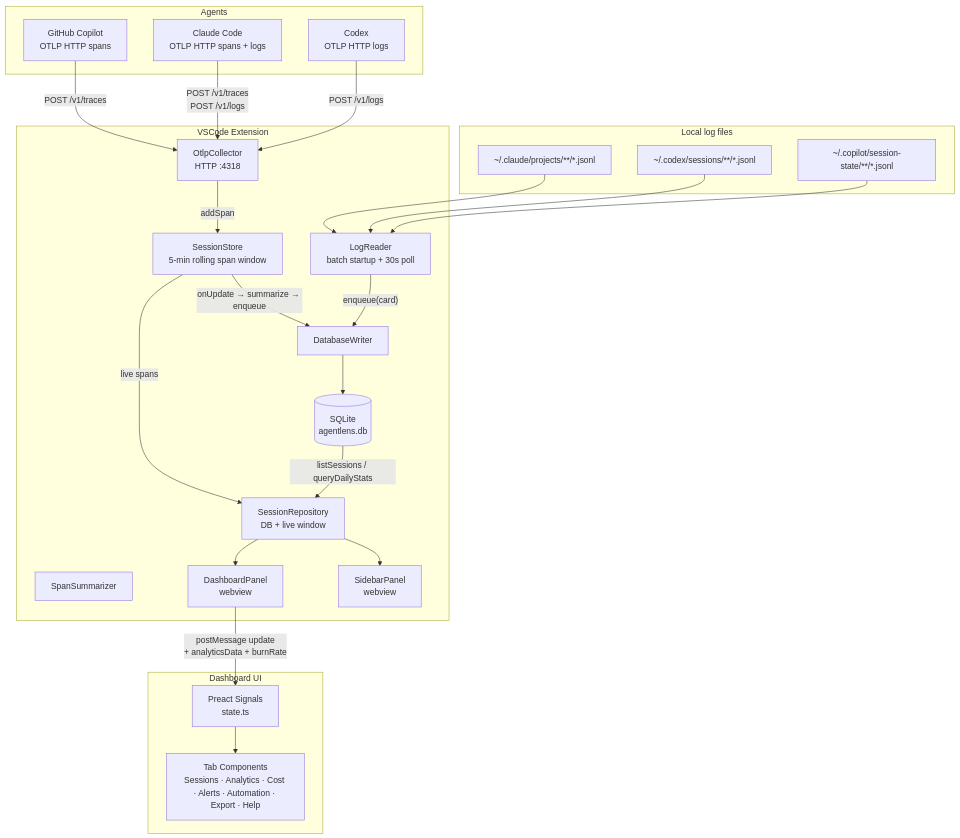
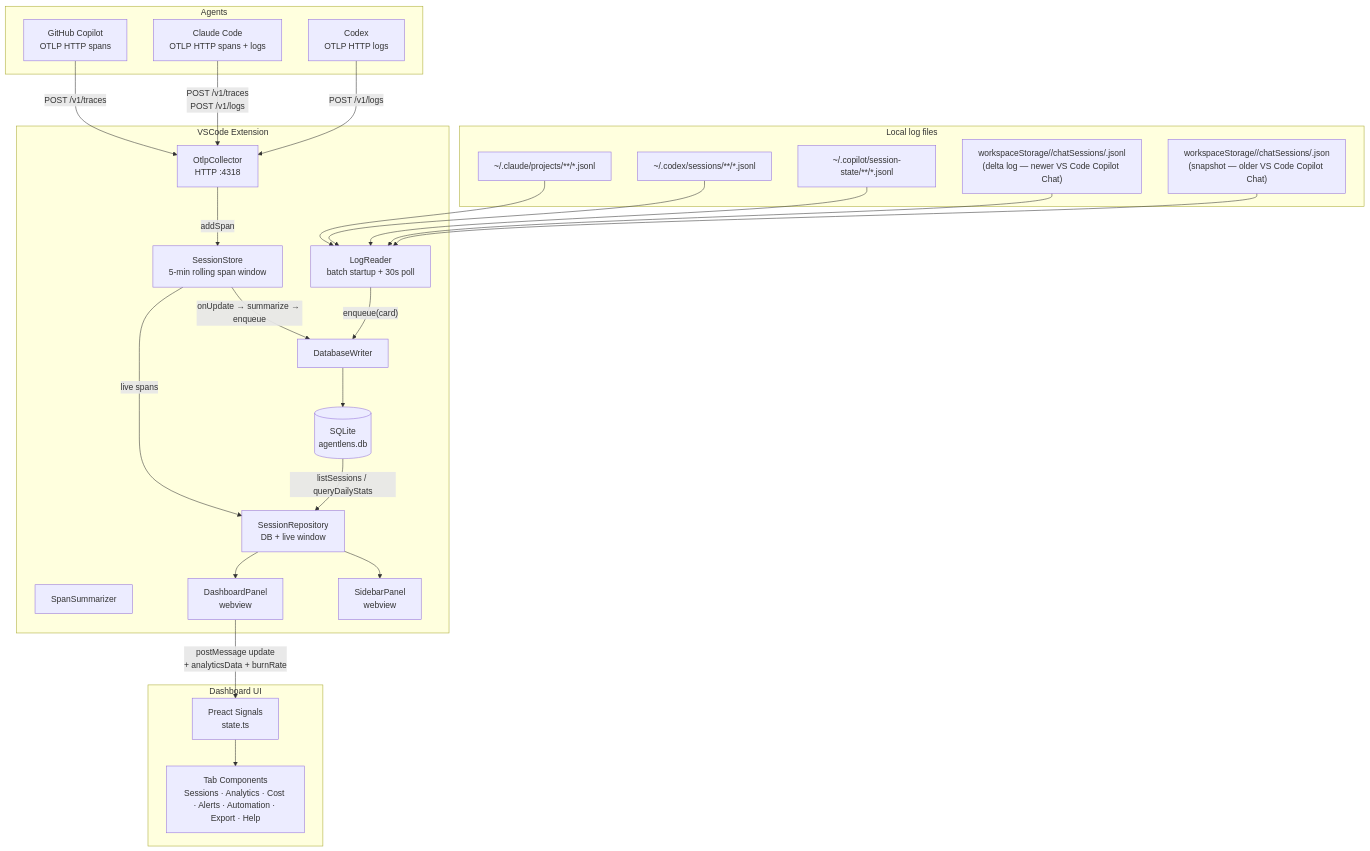
Before and after one commit to RogerReed/agentlens: the first of 19 diagrams in ARCHITECTURE.md, drawn with Mermaid. The commit also changed other lines of this file and 12 other files, not shown here.

````diff
--- a/ARCHITECTURE.md
+++ b/ARCHITECTURE.md
@@ -27,50 +27,52 @@
 ```mermaid
 graph TB
     subgraph Agents
         CP[GitHub Copilot<br/>OTLP HTTP spans]
         CC[Claude Code<br/>OTLP HTTP spans + logs]
         CX[Codex<br/>OTLP HTTP logs]
     end
 
     subgraph LocalLogs["Local log files"]
         CL_LOGS["~/.claude/projects/**/*.jsonl"]
         CX_LOGS["~/.codex/sessions/**/*.jsonl"]
         CP_LOGS["~/.copilot/session-state/**/*.jsonl"]
+        CP_VS["workspaceStorage/<hash>/chatSessions/<uuid>.jsonl<br/>(delta log — newer VS Code Copilot Chat)"]
+        CP_JSON["workspaceStorage/<hash>/chatSessions/<uuid>.json<br/>(snapshot — older VS Code Copilot Chat)"]
     end
 
     subgraph VSCode Extension
         COL[OtlpCollector<br/>HTTP :4318]
         LR[LogReader<br/>batch startup + 30s poll]
         STO[SessionStore<br/>5-min rolling span window]
         SUM[SpanSummarizer]
         WRI[DatabaseWriter]
         DB[(SQLite<br/>agentlens.db)]
         REPO[SessionRepository<br/>DB + live window]
         SID[SidebarPanel<br/>webview]
         DASH[DashboardPanel<br/>webview]
     end
 
     subgraph Dashboard UI
         STATE[Preact Signals<br/>state.ts]
         TABS[Tab Components<br/>Sessions · Analytics · Cost · Alerts · Automation · Export · Help]
     end
 
     CP -- "POST /v1/traces" --> COL
     CC -- "POST /v1/traces<br/>POST /v1/logs" --> COL
     CX -- "POST /v1/logs" --> COL
 
     COL -- addSpan --> STO
     STO -- onUpdate → summarize → enqueue --> WRI
 
-    CL_LOGS & CX_LOGS & CP_LOGS --> LR
+    CL_LOGS & CX_LOGS & CP_LOGS & CP_VS & CP_JSON --> LR
     LR -- "enqueue(card)" --> WRI
 
     WRI --> DB
     DB -- listSessions / queryDailyStats --> REPO
     STO -- live spans --> REPO
     REPO --> SID
     REPO --> DASH
 
     DASH -- "postMessage update<br/>+ analyticsData + burnRate" --> STATE
     STATE --> TABS
 ```
````
